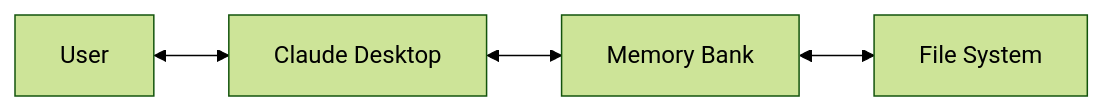
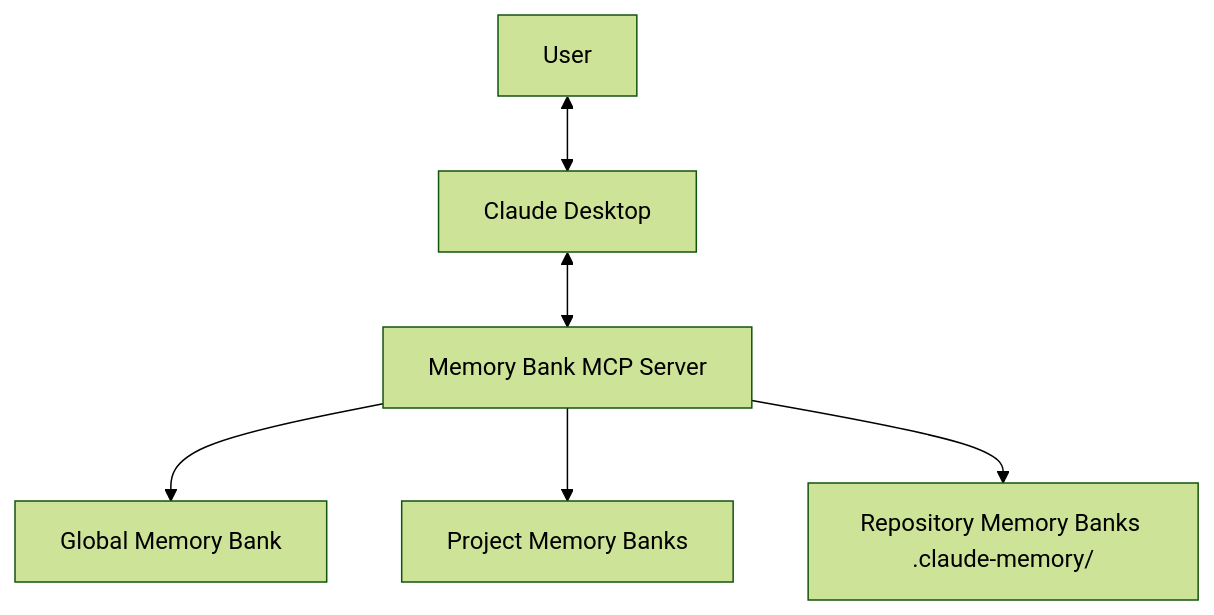
The first of 4 diagrams in doc/usage-guide.md (philippe-guerit/claude-desktop-memory-bank), drawn with Mermaid (forest theme) before and after one commit. The commit also changed other lines of this file and 3 other files, not shown here.

Commit message:
improve design to support project based memory bank

````diff
--- a/doc/usage-guide.md
+++ b/doc/usage-guide.md
@@ -9,6 +14,8 @@
 ```mermaid
-flowchart LR
+flowchart TD
     User[User] <--> Claude[Claude Desktop]
-    Claude <--> MB[Memory Bank]
-    MB <--> FS[File System]
+    Claude <--> MB[Memory Bank MCP Server]
+    MB --> Global[Global Memory Bank]
+    MB --> Project[Project Memory Banks]
+    MB --> Repo[Repository Memory Banks .claude-memory/]
 ```
````
